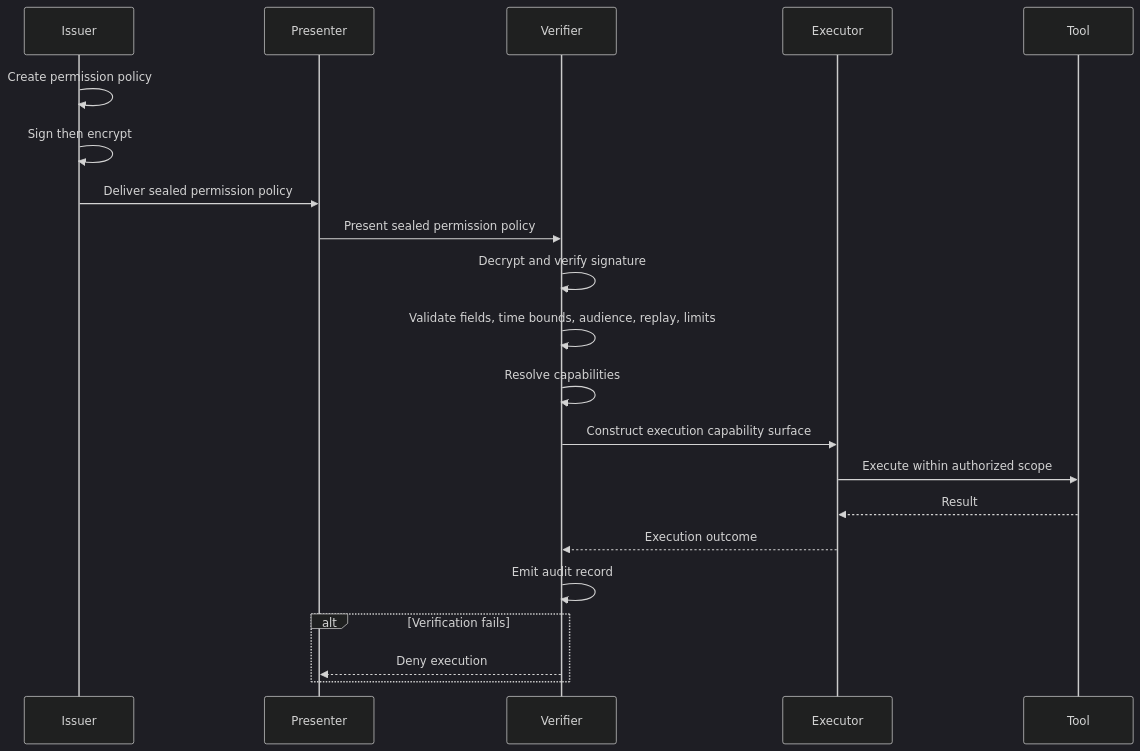
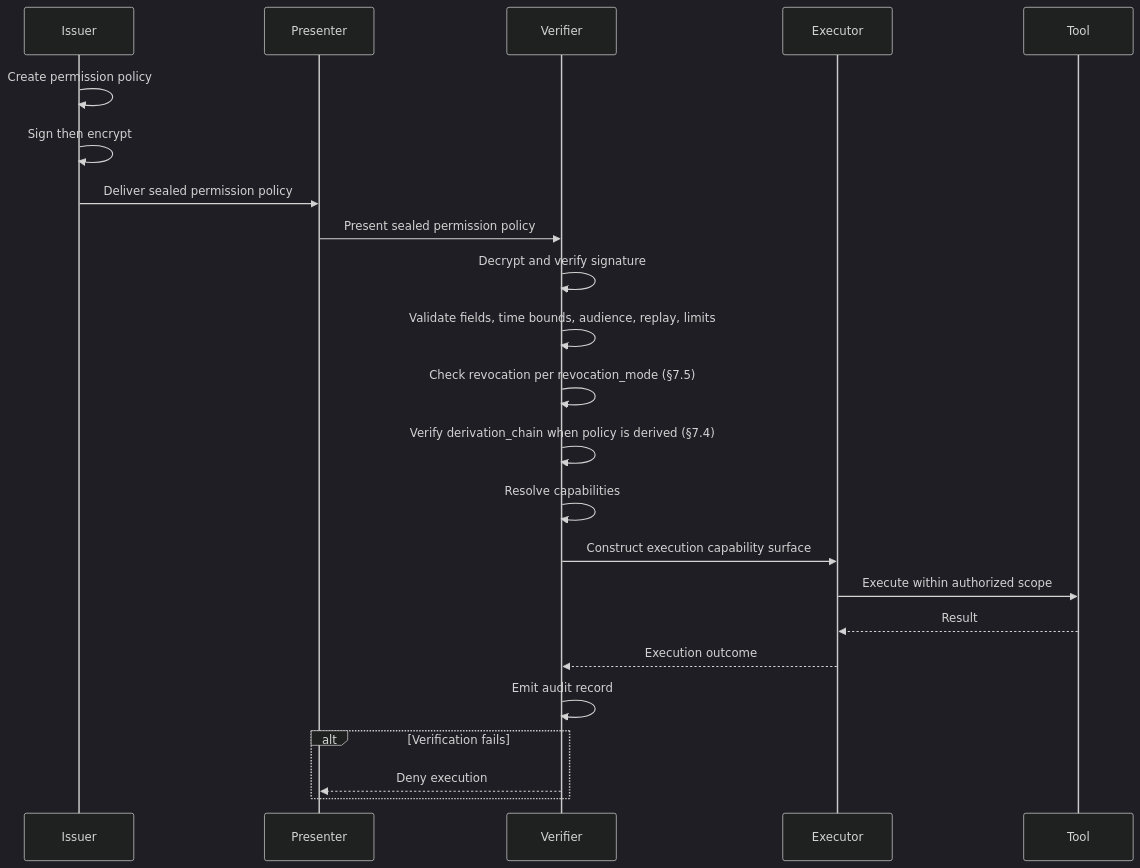
Before and after one commit to Crittora/agent-permission-protocol: the fourth of 4 diagrams in docs/index.md, drawn with Mermaid (dark theme). The commit also changed other lines of this file and 9 other files, not shown here.

First line of the commit message:
Release APP v0.3.0: revocation, derivation chain, and typed limits

````diff
--- a/docs/index.md
+++ b/docs/index.md
@@ -205,24 +209,26 @@
 ```mermaid
 sequenceDiagram
   participant I as Issuer
   participant P as Presenter
   participant V as Verifier
   participant E as Executor
   participant T as Tool
 
   I->>I: Create permission policy
   I->>I: Sign then encrypt
   I->>P: Deliver sealed permission policy
   P->>V: Present sealed permission policy
   V->>V: Decrypt and verify signature
   V->>V: Validate fields, time bounds, audience, replay, limits
+  V->>V: Check revocation per revocation_mode (§7.5)
+  V->>V: Verify derivation_chain when policy is derived (§7.4)
   V->>V: Resolve capabilities
   V->>E: Construct execution capability surface
   E->>T: Execute within authorized scope
   T-->>E: Result
   E-->>V: Execution outcome
   V->>V: Emit audit record
   alt Verification fails
     V-->>P: Deny execution
   end
 ```
````
